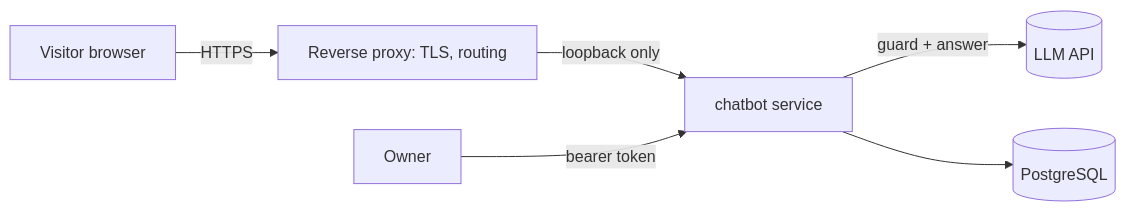
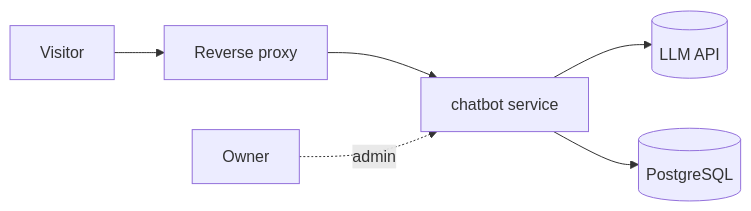
One commit to portpholiyo/chatbot changed the first of 2 diagrams in docs/architecture.md. Above: the diagram before and after it, drawn with Mermaid. The commit also changed other lines of this file, not shown here.

Commit message:
Make the context diagram compact and readable

````diff
--- a/docs/architecture.md
+++ b/docs/architecture.md
@@ -6,8 +6,8 @@
 ```mermaid
 flowchart LR
-  V[Visitor browser] -->|HTTPS| E[Reverse proxy: TLS, routing]
-  E -->|loopback only| C[chatbot service]
-  C -->|guard + answer| L[(LLM API)]
-  C --> P[(PostgreSQL)]
-  O[Owner] -->|bearer token| C
+  V[Visitor] --> P[Reverse proxy]
+  P --> C[chatbot service]
+  C --> L[(LLM API)]
+  C --> D[(PostgreSQL)]
+  O[Owner] -.->|admin| C
 ```
````
